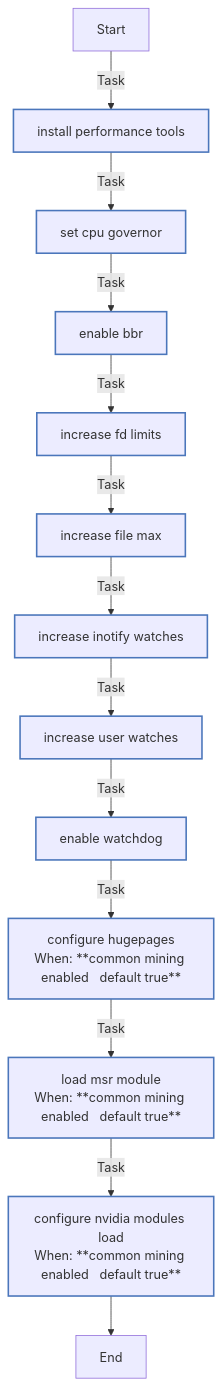
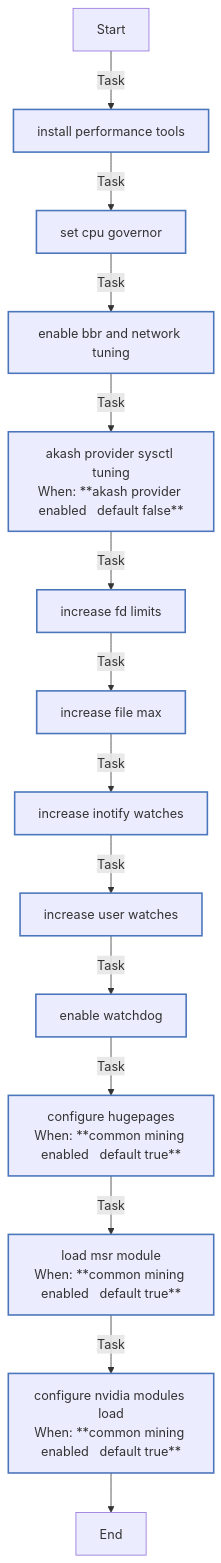
The ninth of 9 diagrams in roles/common/README.md (rou-cru/k3s-homelab), drawn with Mermaid before and after one commit. The commit also changed other lines of this file and 116 other files, not shown here.

````diff
--- a/roles/common/README.md
+++ b/roles/common/README.md
@@ -662,25 +671,26 @@
 ```mermaid
 flowchart TD
 Start
 classDef block stroke:#3498db,stroke-width:2px;
 classDef task stroke:#4b76bb,stroke-width:2px;
 classDef includeTasks stroke:#16a085,stroke-width:2px;
 classDef importTasks stroke:#34495e,stroke-width:2px;
 classDef includeRole stroke:#2980b9,stroke-width:2px;
 classDef importRole stroke:#699ba7,stroke-width:2px;
 classDef includeVars stroke:#8e44ad,stroke-width:2px;
 classDef rescue stroke:#665352,stroke-width:2px;
 
   Start-->|Task| Install_performance_tools0[install performance tools]:::task
   Install_performance_tools0-->|Task| Set_CPU_governor1[set cpu governor]:::task
-  Set_CPU_governor1-->|Task| Enable_BBR2[enable bbr]:::task
-  Enable_BBR2-->|Task| Increase_FD_limits3[increase fd limits]:::task
-  Increase_FD_limits3-->|Task| Increase_file_max4[increase file max]:::task
-  Increase_file_max4-->|Task| Increase_inotify_watches5[increase inotify watches]:::task
-  Increase_inotify_watches5-->|Task| Increase_user_watches6[increase user watches]:::task
-  Increase_user_watches6-->|Task| Enable_watchdog7[enable watchdog]:::task
-  Enable_watchdog7-->|Task| Configure_hugepages8[configure hugepages<br>When: **common mining enabled   default true**]:::task
-  Configure_hugepages8-->|Task| Load_MSR_module9[load msr module<br>When: **common mining enabled   default true**]:::task
-  Load_MSR_module9-->|Task| Configure_Nvidia_modules_load10[configure nvidia modules load<br>When: **common mining enabled   default true**]:::task
-  Configure_Nvidia_modules_load10-->End
+  Set_CPU_governor1-->|Task| Enable_BBR_and_Network_Tuning2[enable bbr and network tuning]:::task
+  Enable_BBR_and_Network_Tuning2-->|Task| Akash_Provider_sysctl_tuning3[akash provider sysctl tuning<br>When: **akash provider enabled   default false**]:::task
+  Akash_Provider_sysctl_tuning3-->|Task| Increase_FD_limits4[increase fd limits]:::task
+  Increase_FD_limits4-->|Task| Increase_file_max5[increase file max]:::task
+  Increase_file_max5-->|Task| Increase_inotify_watches6[increase inotify watches]:::task
+  Increase_inotify_watches6-->|Task| Increase_user_watches7[increase user watches]:::task
+  Increase_user_watches7-->|Task| Enable_watchdog8[enable watchdog]:::task
+  Enable_watchdog8-->|Task| Configure_hugepages9[configure hugepages<br>When: **common mining enabled   default true**]:::task
+  Configure_hugepages9-->|Task| Load_MSR_module10[load msr module<br>When: **common mining enabled   default true**]:::task
+  Load_MSR_module10-->|Task| Configure_Nvidia_modules_load11[configure nvidia modules load<br>When: **common mining enabled   default true**]:::task
+  Configure_Nvidia_modules_load11-->End
 ```
````
